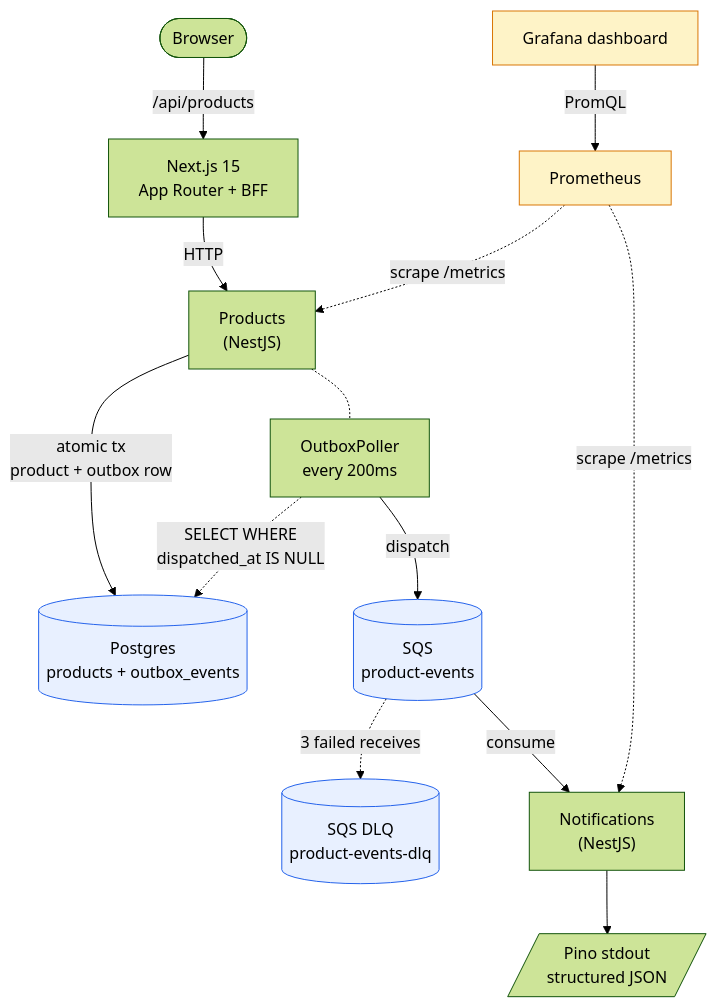
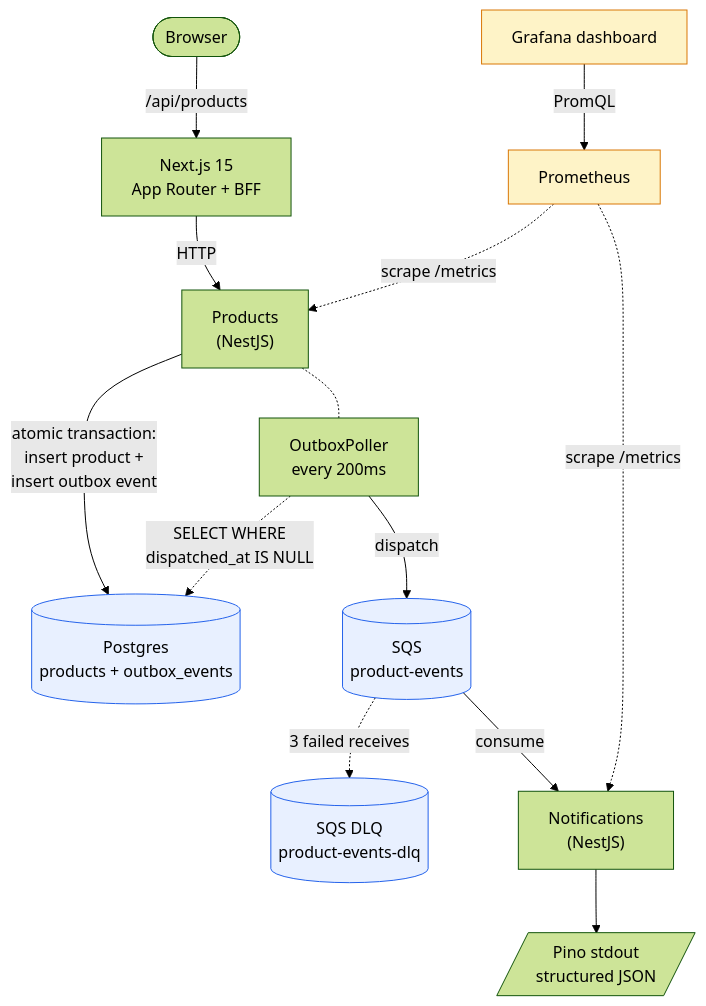
Before and after one commit to alteugin/universe-test: the diagram in README.md, drawn with Mermaid (forest theme).

````diff
--- a/README.md
+++ b/README.md
@@ -7,34 +7,34 @@
 ```mermaid
 flowchart TB
     Browser([Browser])
     Web["Next.js 15<br/>App Router + BFF"]
     Products["Products<br/>(NestJS)"]
     DB[("Postgres<br/>products + outbox_events")]
     Poller["OutboxPoller<br/>every 200ms"]
     Queue[("SQS<br/>product-events")]
     DLQ[("SQS DLQ<br/>product-events-dlq")]
     Notifications["Notifications<br/>(NestJS)"]
     Logs[/"Pino stdout<br/>structured JSON"/]
     Prom["Prometheus"]
     Graf["Grafana dashboard"]
 
     Browser -->|"/api/products"| Web
     Web -->|HTTP| Products
-    Products -->|"atomic tx<br/>product + outbox row"| DB
+    Products -->|"atomic transaction:<br/>insert product +<br/>insert outbox event"| DB
     Poller -.->|"SELECT WHERE<br/>dispatched_at IS NULL"| DB
     Poller -->|dispatch| Queue
     Queue -->|consume| Notifications
     Queue -.->|"3 failed receives"| DLQ
     Notifications --> Logs
 
     Prom -.->|scrape /metrics| Products
     Prom -.->|scrape /metrics| Notifications
     Graf -->|PromQL| Prom
 
     Products -.- Poller
 
     classDef storage fill:#e8f0ff,stroke:#2563eb;
     classDef observability fill:#fef3c7,stroke:#d97706;
     class DB,Queue,DLQ storage
     class Prom,Graf observability
 ```
````
